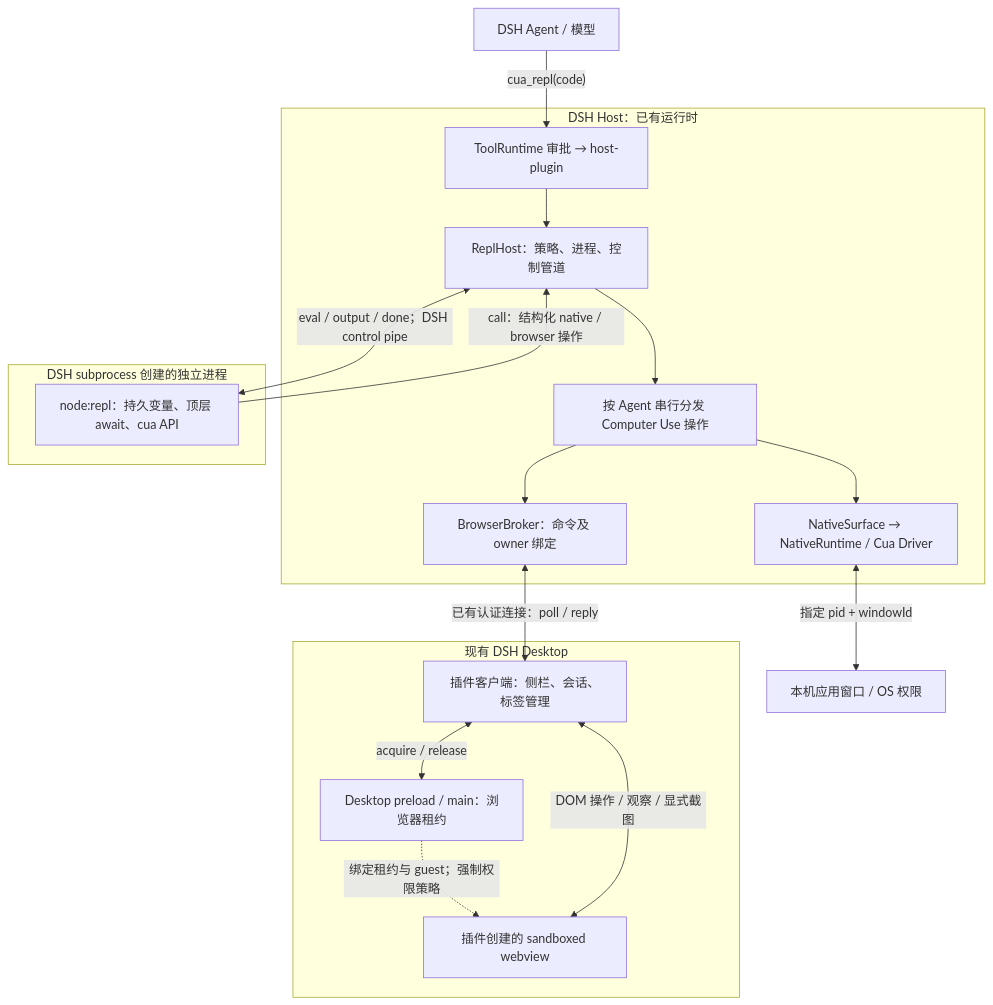
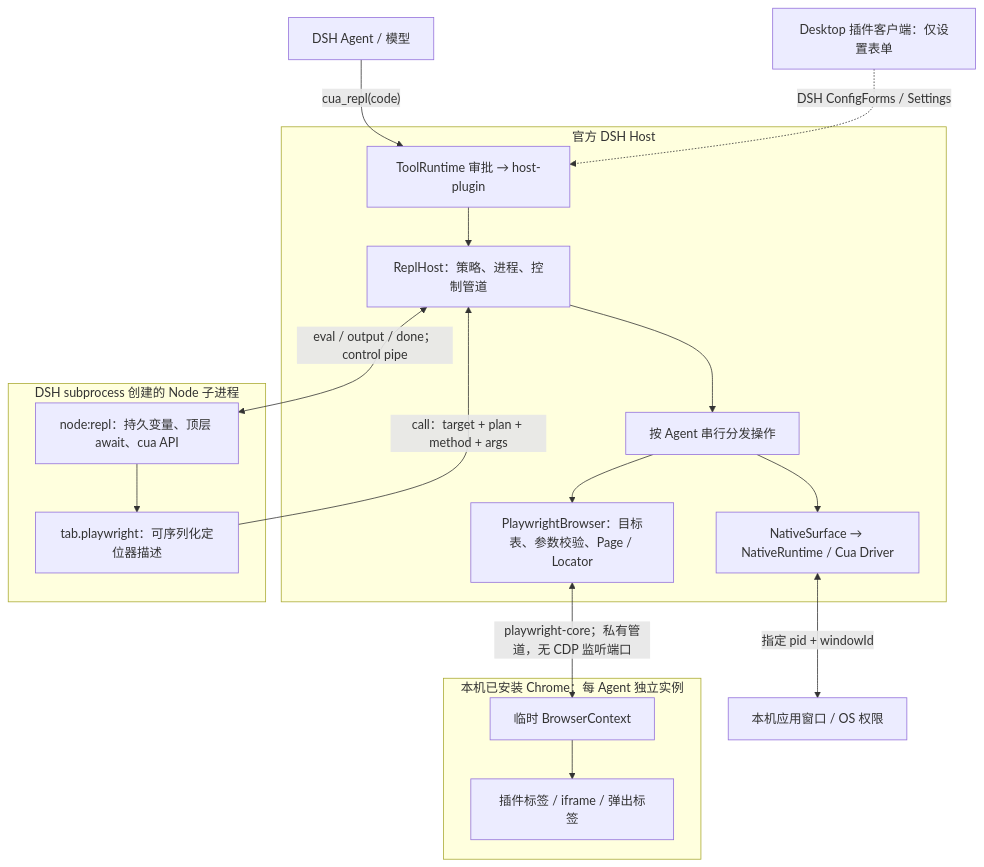
One commit to xiaoiver/dsh-unified-computer-use changed the first of 7 diagrams in docs/CALL-FLOWS.md. Above: the diagram before and after it, drawn with Mermaid. The commit also changed other lines of this file and 39 other files, not shown here.

Commit message:
feat: add real Playwright automation with installed Chrome

````diff
--- a/docs/CALL-FLOWS.md
+++ b/docs/CALL-FLOWS.md
@@ -7,32 +7,33 @@
 ```mermaid
 flowchart TB
   Model["DSH Agent / 模型"]
-  subgraph Host["DSH Host：已有运行时"]
+  subgraph Host["官方 DSH Host"]
     Tool["ToolRuntime 审批 → host-plugin"]
     ReplHost["ReplHost：策略、进程、控制管道"]
-    Dispatch["按 Agent 串行分发 Computer Use 操作"]
-    Broker["BrowserBroker：命令及 owner 绑定"]
+    Dispatch["按 Agent 串行分发操作"]
+    Browser["PlaywrightBrowser：目标表、参数校验、Page / Locator"]
     Native["NativeSurface → NativeRuntime / Cua Driver"]
   end
-  subgraph Worker["DSH subprocess 创建的独立进程"]
+  subgraph Worker["DSH subprocess 创建的 Node 子进程"]
     Repl["node:repl：持久变量、顶层 await、cua API"]
+    Facade["tab.playwright：可序列化定位器描述"]
   end
-  subgraph Desktop["现有 DSH Desktop"]
-    Client["插件客户端：侧栏、会话、标签管理"]
-    Main["Desktop preload / main：浏览器租约"]
-    Guest["插件创建的 sandboxed webview"]
+  subgraph Chrome["本机已安装 Chrome：每 Agent 独立实例"]
+    Context["临时 BrowserContext"]
+    Pages["插件标签 / iframe / 弹出标签"]
   end
+  Settings["Desktop 插件客户端：仅设置表单"]
   OS["本机应用窗口 / OS 权限"]
   Model -->|"cua_repl(code)"| Tool
   Tool --> ReplHost
-  ReplHost <-->|"eval / output / done；DSH control pipe"| Repl
-  Repl -->|"call：结构化 native / browser 操作"| ReplHost
+  ReplHost <-->|"eval / output / done；control pipe"| Repl
+  Repl --> Facade
+  Facade -->|"call：target + plan + method + args"| ReplHost
   ReplHost --> Dispatch
-  Dispatch --> Broker
+  Dispatch --> Browser
   Dispatch --> Native
-  Broker <-->|"已有认证连接：poll / reply"| Client
-  Client <-->|"acquire / release"| Main
-  Main -.->|"绑定租约与 guest；强制权限策略"| Guest
-  Client <-->|"DOM 操作 / 观察 / 显式截图"| Guest
+  Browser <-->|"playwright-core；私有管道，无 CDP 监听端口"| Context
+  Context --> Pages
   Native <-->|"指定 pid + windowId"| OS
+  Settings -.->|"DSH ConfigForms / Settings"| Tool
 ```
````
